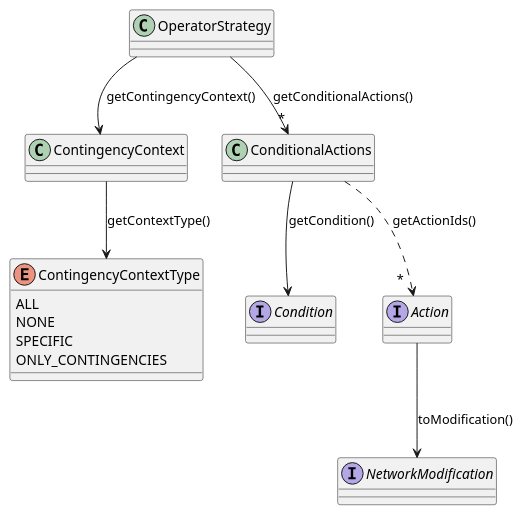
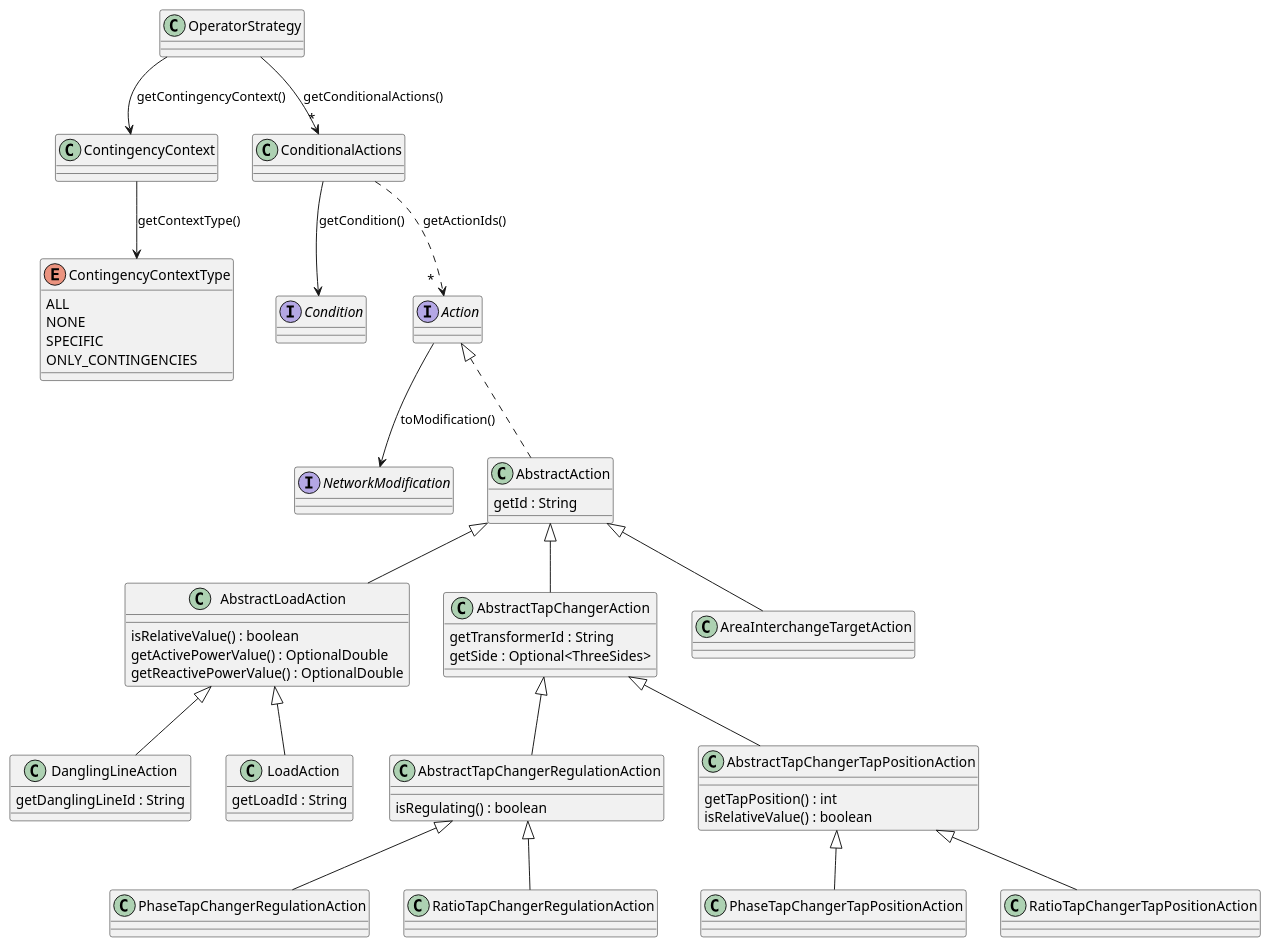
Before and after one commit to powsybl/powsybl-core: the diagram in docs/simulation/security/operatorStrategy_simple_now.puml, drawn with PlantUML.

Commit message:
Start detailing Actions

```diff
--- a/docs/simulation/security/operatorStrategy_simple_now.puml
+++ b/docs/simulation/security/operatorStrategy_simple_now.puml
@@ -1,29 +1,76 @@
 @startuml
 
 class OperatorStrategy
 OperatorStrategy --> ContingencyContext : getContingencyContext()
 OperatorStrategy --> "*" ConditionalActions : getConditionalActions()
 
 class ConditionalActions
 ConditionalActions --> Condition : getCondition()
 ConditionalActions ..> " *  " Action : getActionIds()
 
 class ContingencyContext
 ContingencyContext --> ContingencyContextType: getContextType()
 
 enum ContingencyContextType {
   ALL
   NONE
   SPECIFIC
   ONLY_CONTINGENCIES
 }
 
 interface Condition
 
 interface Action
 Action --> NetworkModification : toModification()
+Action <|.. AbstractAction
 
 interface NetworkModification
 
+class AbstractAction {
+  getId : String
+}
+
+AbstractAction <|-- AbstractLoadAction
+AbstractAction <|-- AbstractTapChangerAction
+AbstractAction <|-- AreaInterchangeTargetAction
+
+
+class AbstractLoadAction {
+  isRelativeValue() : boolean
+  getActivePowerValue() : OptionalDouble
+  getReactivePowerValue() : OptionalDouble
+}
+AbstractLoadAction <|-- DanglingLineAction
+AbstractLoadAction <|-- LoadAction
+
+class DanglingLineAction {
+  getDanglingLineId : String
+}
+
+class LoadAction {
+  getLoadId : String
+}
+
+class AbstractTapChangerAction {
+  getTransformerId : String
+  getSide : Optional<ThreeSides>
+}
+AbstractTapChangerAction <|-- AbstractTapChangerRegulationAction
+AbstractTapChangerAction <|-- AbstractTapChangerTapPositionAction
+
+
+class AbstractTapChangerRegulationAction {
+  isRegulating() : boolean
+}
+AbstractTapChangerRegulationAction <|-- PhaseTapChangerRegulationAction
+AbstractTapChangerRegulationAction <|-- RatioTapChangerRegulationAction
+
+class AbstractTapChangerTapPositionAction {
+  getTapPosition() : int
+  isRelativeValue() : boolean
+}
+AbstractTapChangerTapPositionAction <|-- PhaseTapChangerTapPositionAction
+AbstractTapChangerTapPositionAction <|-- RatioTapChangerTapPositionAction
+
 
 @enduml
```
